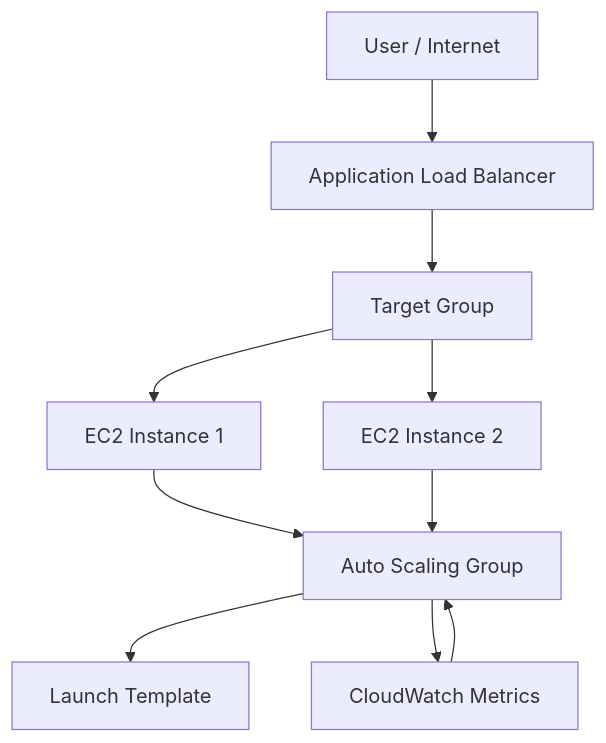
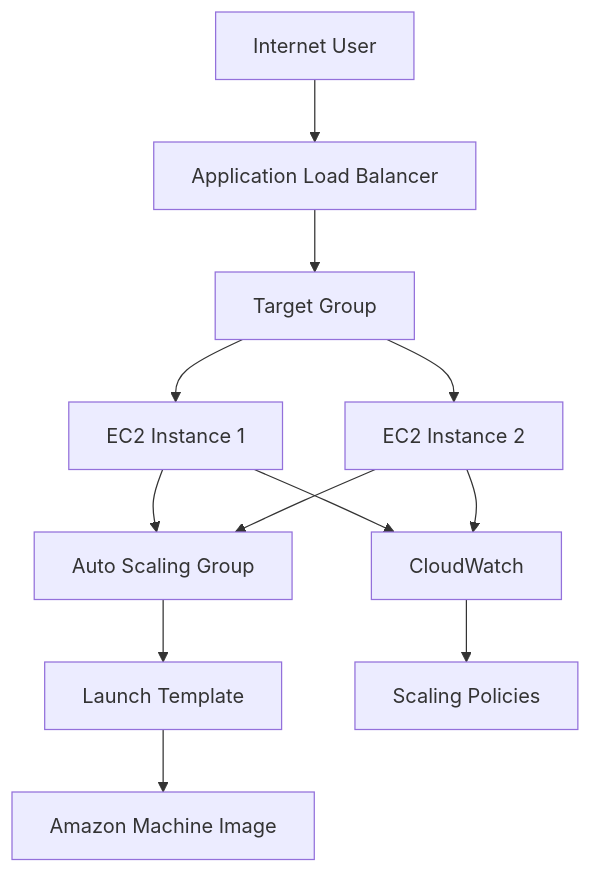
One commit to maheshsury1shi/AWS-Load-Balancer-Auto-Scaling-Group changed the diagram in README.md. Above: the diagram before and after it, drawn with Mermaid. The commit also changed other lines of this file and 8 other files, not shown here.

````diff
--- a/README.md
+++ b/README.md
@@ -110,12 +129,14 @@
 ```mermaid
 flowchart TD
-    User[User / Internet] --> ALB[Application Load Balancer]
+    User[Internet User] --> ALB[Application Load Balancer]
     ALB --> TG[Target Group]
     TG --> EC1[EC2 Instance 1]
     TG --> EC2[EC2 Instance 2]
     EC1 --> ASG[Auto Scaling Group]
     EC2 --> ASG
     ASG --> LT[Launch Template]
-    ASG --> CW[CloudWatch Metrics]
-    CW --> ASG
+    LT --> AMI[Amazon Machine Image]
+    EC1 --> CW[CloudWatch]
+    EC2 --> CW
+    CW --> SCALE[Scaling Policies]
 ```
````
